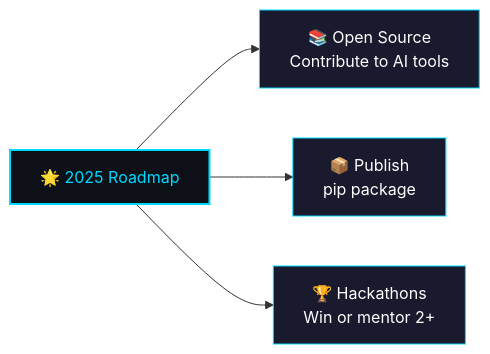
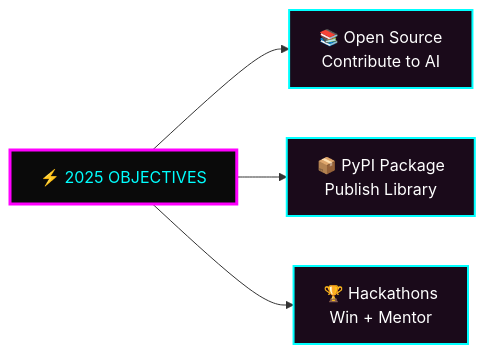
One commit to MakazhanAlpamys/MakazhanAlpamys changed the diagram in README.md. Above: the diagram before and after it, drawn with Mermaid. The commit also changed other lines of this file, not shown here.

````diff
--- a/README.md
+++ b/README.md
@@ -211,11 +371,11 @@
 ```mermaid
 graph LR
-    A[🌟 2025 Roadmap] --> B[📚 Open Source<br/>Contribute to AI tools]
-    A --> C[📦 Publish<br/>pip package]
-    A --> D[🏆 Hackathons<br/>Win or mentor 2+]
+    A[⚡ 2025 OBJECTIVES] --> B[📚 Open Source<br/>Contribute to AI]
+    A --> C[📦 PyPI Package<br/>Publish Library]
+    A --> D[🏆 Hackathons<br/>Win + Mentor]
     
-    style A fill:#0d1117,stroke:#00d9ff,stroke-width:2px,color:#00d9ff
-    style B fill:#1a1a2e,stroke:#00d9ff,stroke-width:1px,color:#ffffff
-    style C fill:#1a1a2e,stroke:#00d9ff,stroke-width:1px,color:#ffffff
-    style D fill:#1a1a2e,stroke:#00d9ff,stroke-width:1px,color:#ffffff
+    style A fill:#0a0a0a,stroke:#ff00ff,stroke-width:3px,color:#00ffff
+    style B fill:#1a0a1a,stroke:#00ffff,stroke-width:2px,color:#ffffff
+    style C fill:#1a0a1a,stroke:#00ffff,stroke-width:2px,color:#ffffff
+    style D fill:#1a0a1a,stroke:#00ffff,stroke-width:2px,color:#ffffff
 ```
````
